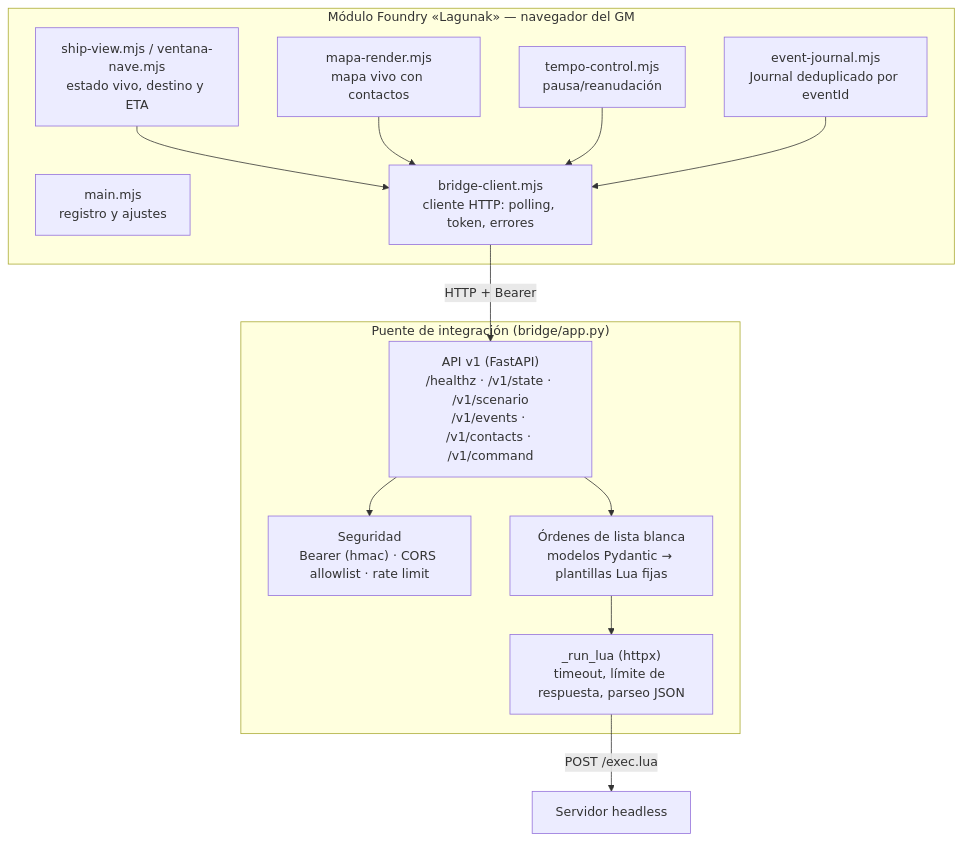
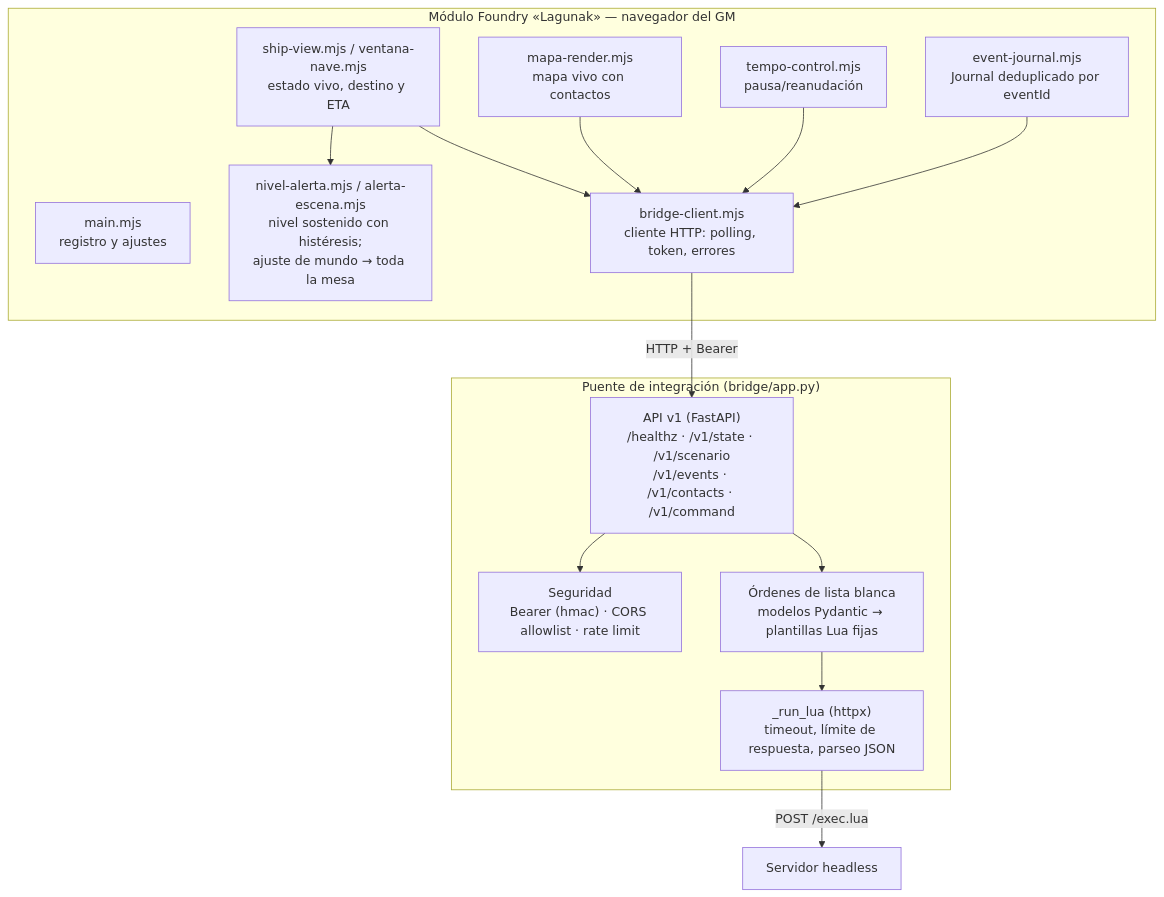
The third of 4 diagrams in docs/ARQUITECTURA.md (EspacioKoop/espaciokooplagunak), drawn with Mermaid before and after one commit. The commit also changed other lines of this file and 9 other files, not shown here.

First line of the commit message:
feat(foundry): nivel de alerta de la nave visible para toda la mesa

````diff
--- a/docs/ARQUITECTURA.md
+++ b/docs/ARQUITECTURA.md
@@ -100,26 +100,28 @@
 ```mermaid
 flowchart TB
     subgraph mod["Módulo Foundry «Lagunak» — navegador del GM"]
         main["main.mjs<br/>registro y ajustes"]
         ship["ship-view.mjs / ventana-nave.mjs<br/>estado vivo, destino y ETA"]
         mapa["mapa-render.mjs<br/>mapa vivo con contactos"]
         tempo["tempo-control.mjs<br/>pausa/reanudación"]
         journal["event-journal.mjs<br/>Journal deduplicado por eventId"]
+        alerta["nivel-alerta.mjs / alerta-escena.mjs<br/>nivel sostenido con histéresis;<br/>ajuste de mundo → toda la mesa"]
         client["bridge-client.mjs<br/>cliente HTTP: polling, token, errores"]
         ship --> client
         mapa --> client
         tempo --> client
         journal --> client
+        ship --> alerta
     end
     subgraph puente["Puente de integración (bridge/app.py)"]
         api["API v1 (FastAPI)<br/>/healthz · /v1/state · /v1/scenario<br/>/v1/events · /v1/contacts · /v1/command"]
         auth["Seguridad<br/>Bearer (hmac) · CORS allowlist · rate limit"]
         cmds["Órdenes de lista blanca<br/>modelos Pydantic → plantillas Lua fijas"]
         runlua["_run_lua (httpx)<br/>timeout, límite de respuesta, parseo JSON"]
         api --> auth
         api --> cmds
         cmds --> runlua
     end
     client -->|"HTTP + Bearer"| api
     runlua -->|"POST /exec.lua"| game["Servidor headless"]
 ```
````
